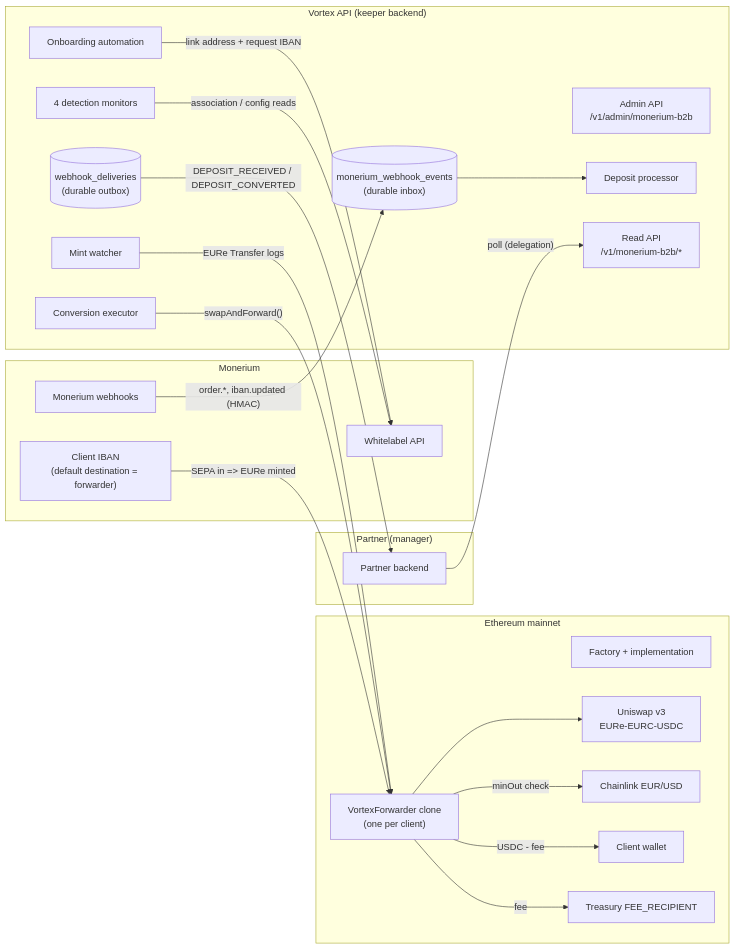
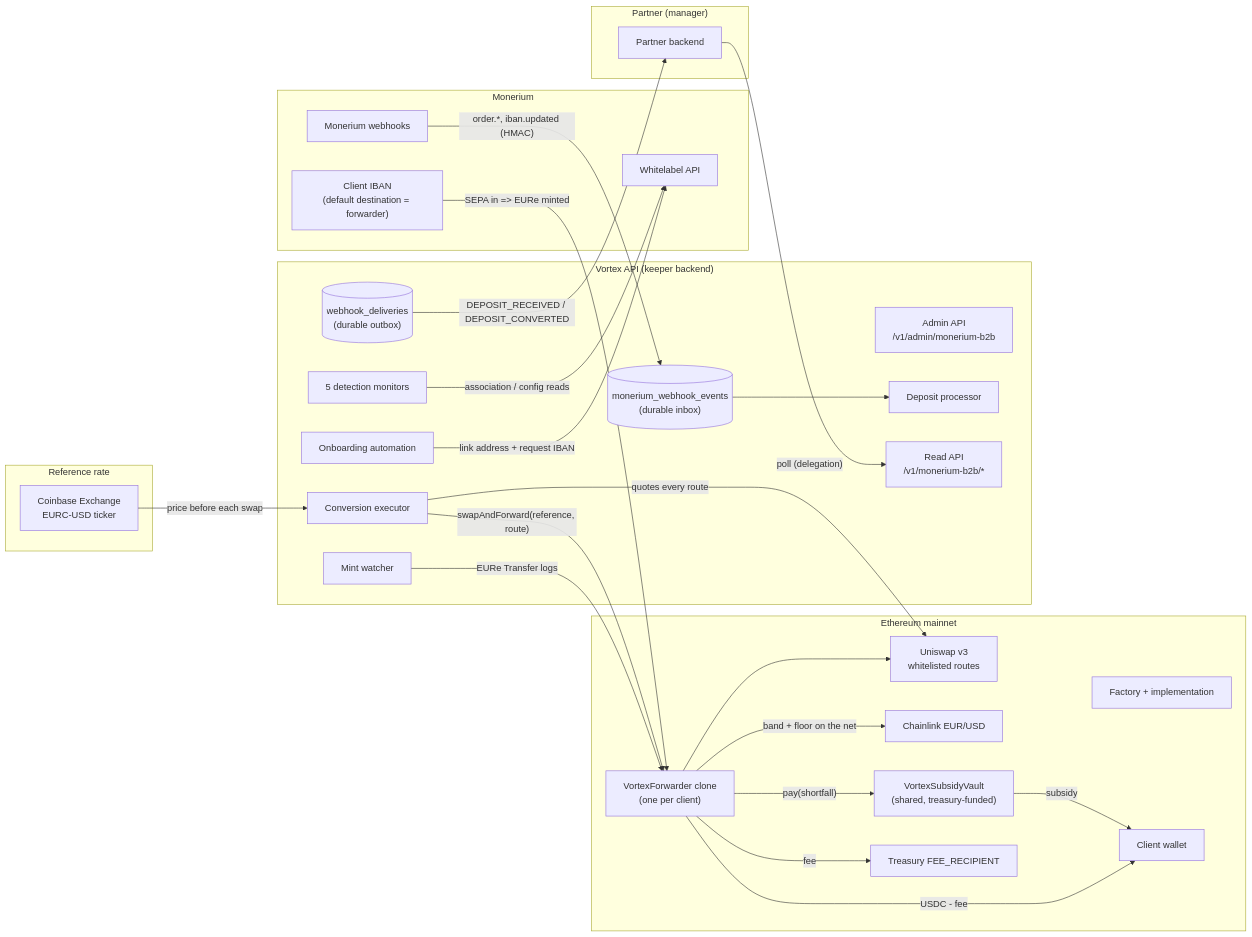
Before and after one commit to pendulum-chain/vortex: the first of 8 diagrams in docs/architecture-monerium-b2b-onramp.md, drawn with Mermaid. The commit also changed other lines of this file and 3 other files, not shown here.

Commit message:
docs(repo): describe reference-priced swaps in the architecture and runbook

````diff
--- a/docs/architecture-monerium-b2b-onramp.md
+++ b/docs/architecture-monerium-b2b-onramp.md
@@ -35,47 +37,56 @@
 ```mermaid
 flowchart LR
     subgraph Partner["Partner (manager)"]
         PAPI[Partner backend]
     end
 
     subgraph Monerium
         IBAN["Client IBAN\n(default destination = forwarder)"]
         MAPI[Whitelabel API]
         MWH[Monerium webhooks]
     end
 
     subgraph Chain["Ethereum mainnet"]
         FWD["VortexForwarder clone\n(one per client)"]
         FACT[Factory + implementation]
-        UNI[Uniswap v3\nEURe-EURC-USDC]
+        UNI[Uniswap v3\nwhitelisted routes]
         LINK[Chainlink EUR/USD]
+        VAULT["VortexSubsidyVault\n(shared, treasury-funded)"]
         DEST[Client wallet]
         TREAS[Treasury FEE_RECIPIENT]
+    end
+
+    subgraph Reference["Reference rate"]
+        CB[Coinbase Exchange\nEURC-USD ticker]
     end
 
     subgraph Vortex["Vortex API (keeper backend)"]
         ADM["Admin API\n/v1/admin/monerium-b2b"]
         INBOX[("monerium_webhook_events\n(durable inbox)")]
         DP[Deposit processor]
         MW[Mint watcher]
         CE[Conversion executor]
         ONB[Onboarding automation]
-        MONI[4 detection monitors]
+        MONI[5 detection monitors]
         OUTBOX[("webhook_deliveries\n(durable outbox)")]
         READ["Read API\n/v1/monerium-b2b/*"]
     end
 
     IBAN -- "SEPA in => EURe minted" --> FWD
     MWH -- "order.*, iban.updated (HMAC)" --> INBOX
     INBOX --> DP
     MW -- "EURe Transfer logs" --> FWD
-    CE -- "swapAndForward()" --> FWD
+    CB -- "price before each swap" --> CE
+    CE -- "quotes every route" --> UNI
+    CE -- "swapAndForward(reference, route)" --> FWD
     FWD --> UNI
-    FWD -- "minOut check" --> LINK
+    FWD -- "band + floor on the net" --> LINK
     FWD -- "USDC - fee" --> DEST
     FWD -- fee --> TREAS
+    FWD -- "pay(shortfall)" --> VAULT
+    VAULT -- subsidy --> DEST
     ONB -- "link address + request IBAN" --> MAPI
     MONI -- "association / config reads" --> MAPI
     OUTBOX -- "DEPOSIT_RECEIVED / DEPOSIT_CONVERTED" --> PAPI
     PAPI -- "poll (delegation)" --> READ
 ```
````
